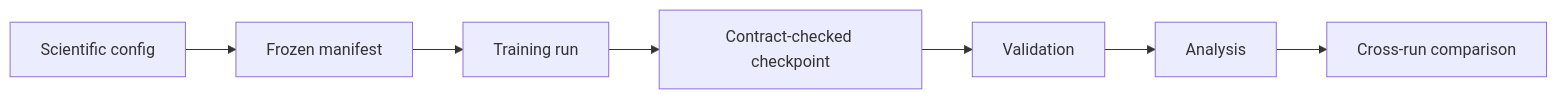
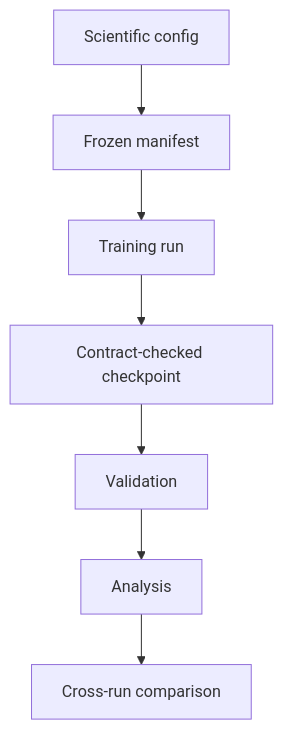
One commit to GuilhermeFrAlmeida/agri3d-crop-phenotyping changed the fourth of 5 diagrams in docs/architecture.md. Above: the diagram before and after it, drawn with Mermaid. The commit also changed other lines of this file and 37 other files, not shown here.

````diff
--- a/docs/architecture.md
+++ b/docs/architecture.md
@@ -55,9 +55,9 @@
 ```mermaid
-flowchart LR
+flowchart TD
     A[Scientific config] --> B[Frozen manifest]
     B --> C[Training run]
     C --> D[Contract-checked checkpoint]
     D --> E[Validation]
     E --> F[Analysis]
     F --> G[Cross-run comparison]
 ```
````
